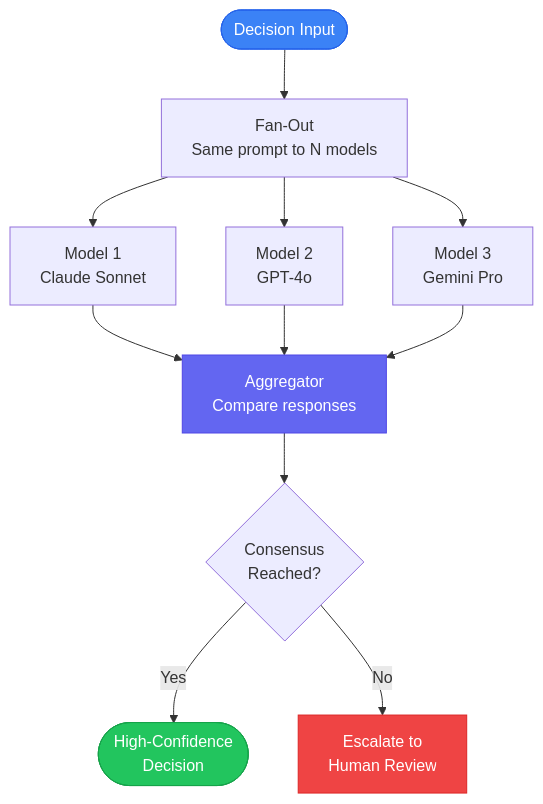
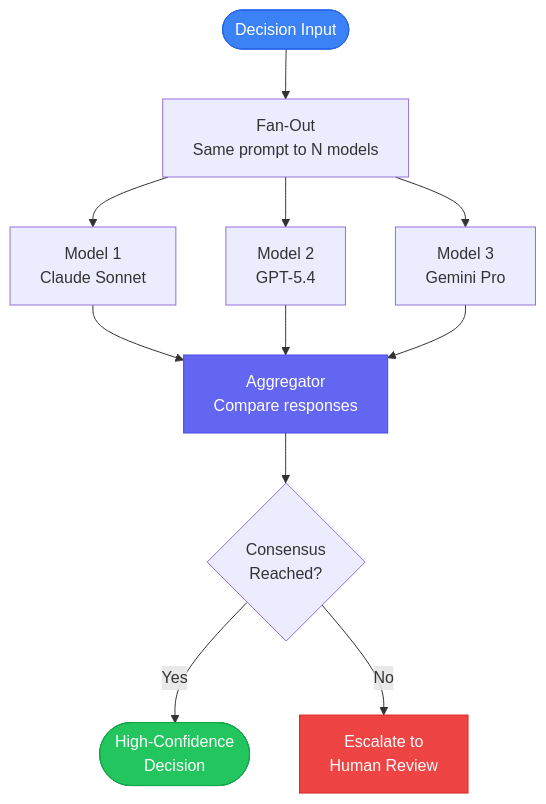
One commit to juspay/neurolink-blog changed the first of 2 diagrams in _posts/2026-02-12-multi-model-consensus.md. Above: the diagram before and after it, drawn with Mermaid. The commit also changed other lines of this file and 172 other files, not shown here.

````diff
--- a/_posts/2026-02-12-multi-model-consensus.md
+++ b/_posts/2026-02-12-multi-model-consensus.md
@@ -39,18 +39,18 @@
 ```mermaid
 flowchart TB
     INPUT(["Decision Input"]) --> FAN["Fan-Out<br/>Same prompt to N models"]
 
     FAN --> M1["Model 1<br/>Claude Sonnet"]
-    FAN --> M2["Model 2<br/>GPT-4o"]
+    FAN --> M2["Model 2<br/>GPT-5.4"]
     FAN --> M3["Model 3<br/>Gemini Pro"]
 
     M1 & M2 & M3 --> AGG["Aggregator<br/>Compare responses"]
     AGG --> VOTE{"Consensus<br/>Reached?"}
     VOTE -->|"Yes"| OUTPUT(["High-Confidence<br/>Decision"])
     VOTE -->|"No"| ESCALATE["Escalate to<br/>Human Review"]
 
     style INPUT fill:#3b82f6,stroke:#2563eb,color:#fff
     style AGG fill:#6366f1,stroke:#4f46e5,color:#fff
     style OUTPUT fill:#22c55e,stroke:#16a34a,color:#fff
     style ESCALATE fill:#ef4444,stroke:#dc2626,color:#fff
 ```
````
